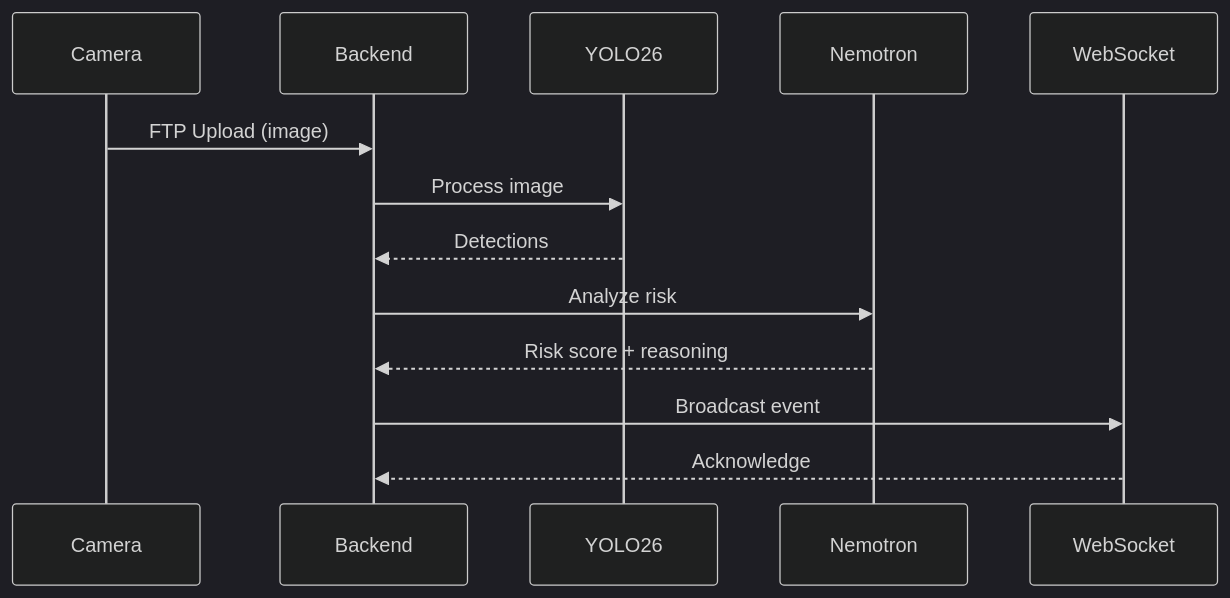
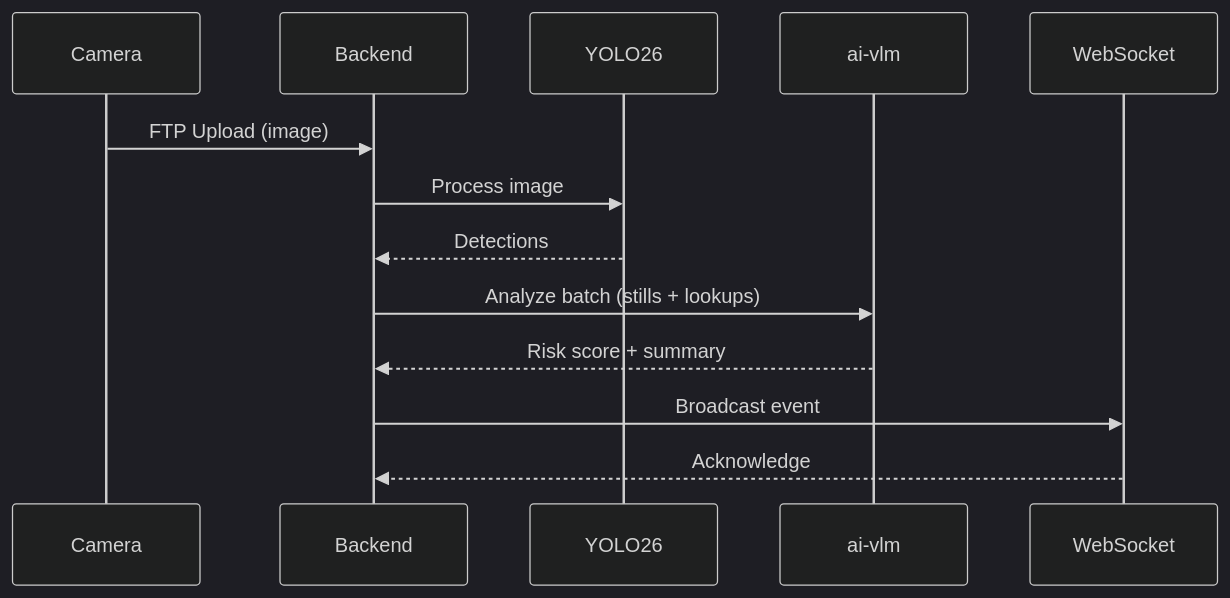
One commit to mikesvoboda/nemotron-v3-home-security-intelligence changed diagram 20 of 21 in docs/images/style-guide.md. Above: the diagram before and after it, drawn with Mermaid. The commit also changed other lines of this file and 231 other files, not shown here.

````diff
--- a/docs/images/style-guide.md
+++ b/docs/images/style-guide.md
@@ -726,17 +728,17 @@
 ```mermaid
 %%{init: {'theme': 'dark'}}%%
 sequenceDiagram
     participant C as Camera
     participant B as Backend
     participant D as YOLO26
-    participant N as Nemotron
+    participant N as ai-vlm
     participant W as WebSocket
 
     C->>B: FTP Upload (image)
     B->>D: Process image
     D-->>B: Detections
-    B->>N: Analyze risk
-    N-->>B: Risk score + reasoning
+    B->>N: Analyze batch (stills + lookups)
+    N-->>B: Risk score + summary
     B->>W: Broadcast event
     W-->>B: Acknowledge
 ```
````
